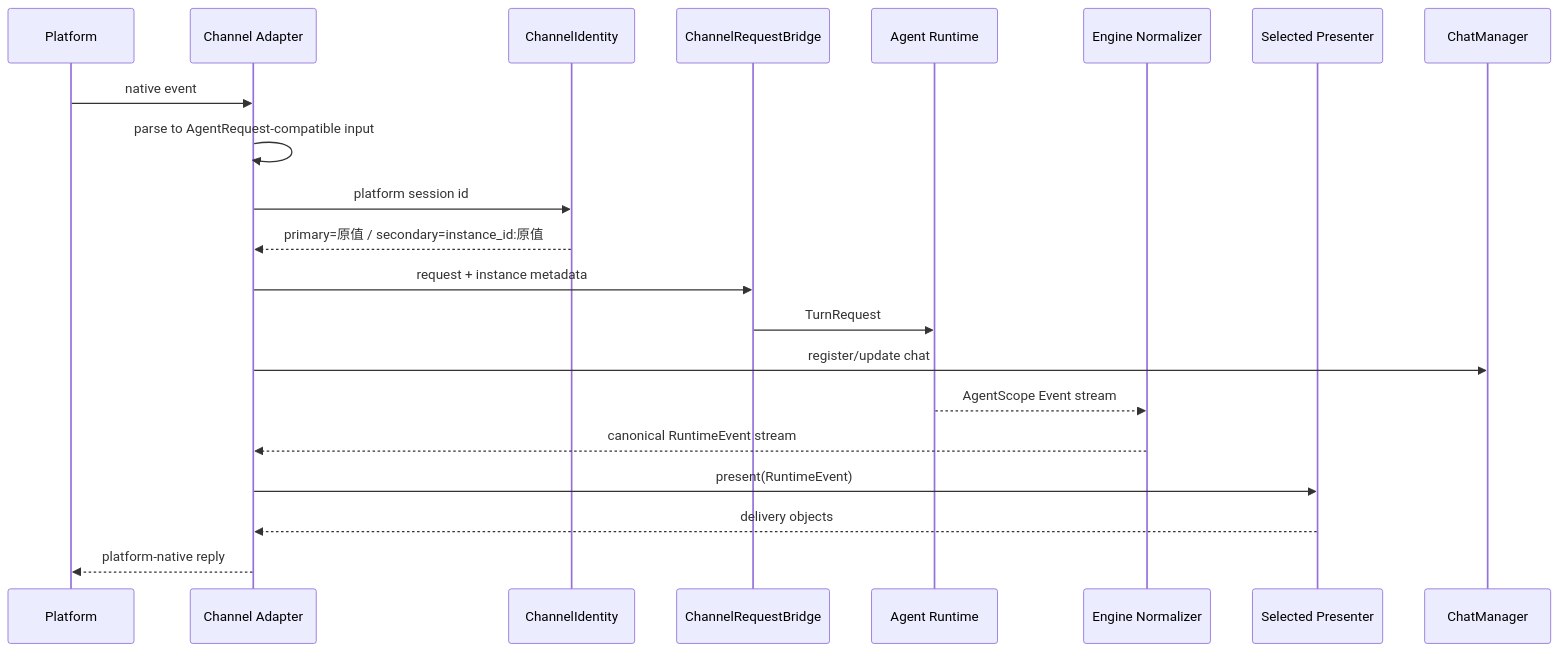
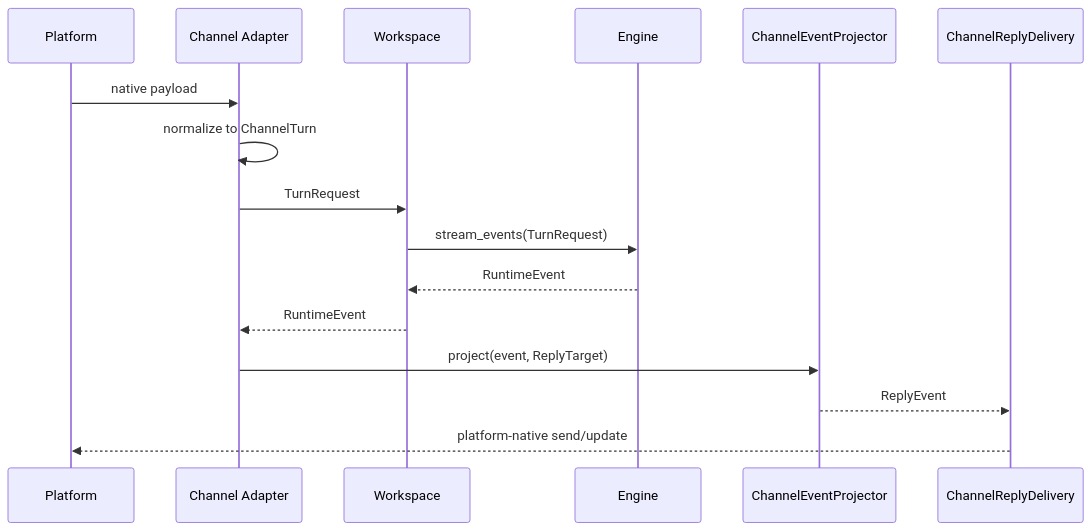
One commit to zhijianma/CoPaw changed the third of 5 diagrams in docs/design/channel-agent-runtime-v5.md. Above: the diagram before and after it, drawn with Mermaid. The commit also changed other lines of this file and 80 other files, not shown here.

Commit message:
refactor: remove legacy channel runtime bridges

````diff
--- a/docs/design/channel-agent-runtime-v5.md
+++ b/docs/design/channel-agent-runtime-v5.md
@@ -309,24 +173,19 @@
 ```mermaid
 sequenceDiagram
     participant P as Platform
-    participant A as Channel Adapter
-    participant I as ChannelIdentity
-    participant B as ChannelRequestBridge
-    participant R as Agent Runtime
-    participant N as Engine Normalizer
-    participant PR as Selected Presenter
-    participant C as ChatManager
+    participant C as Channel Adapter
+    participant W as Workspace
+    participant E as Engine
+    participant X as ChannelEventProjector
+    participant D as ChannelReplyDelivery
 
-    P->>A: native event
-    A->>A: parse to AgentRequest-compatible input
-    A->>I: platform session id
-    I-->>A: primary=原值 / secondary=instance_id:原值
-    A->>B: request + instance metadata
-    B->>R: TurnRequest
-    A->>C: register/update chat
-    R-->>N: AgentScope Event stream
-    N-->>A: canonical RuntimeEvent stream
-    A->>PR: present(RuntimeEvent)
-    PR-->>A: delivery objects
-    A-->>P: platform-native reply
+    P->>C: native payload
+    C->>C: normalize to ChannelTurn
+    C->>W: TurnRequest
+    W->>E: stream_events(TurnRequest)
+    E-->>W: RuntimeEvent
+    W-->>C: RuntimeEvent
+    C->>X: project(event, ReplyTarget)
+    X-->>D: ReplyEvent
+    D-->>P: platform-native send/update
 ```
````
